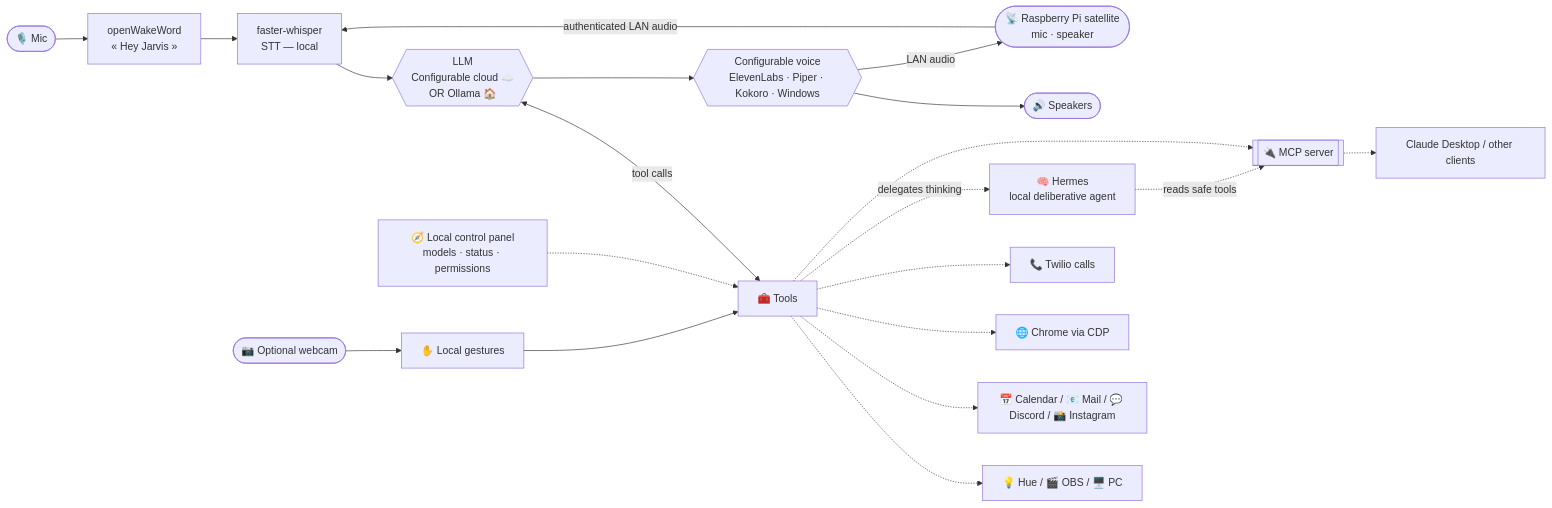
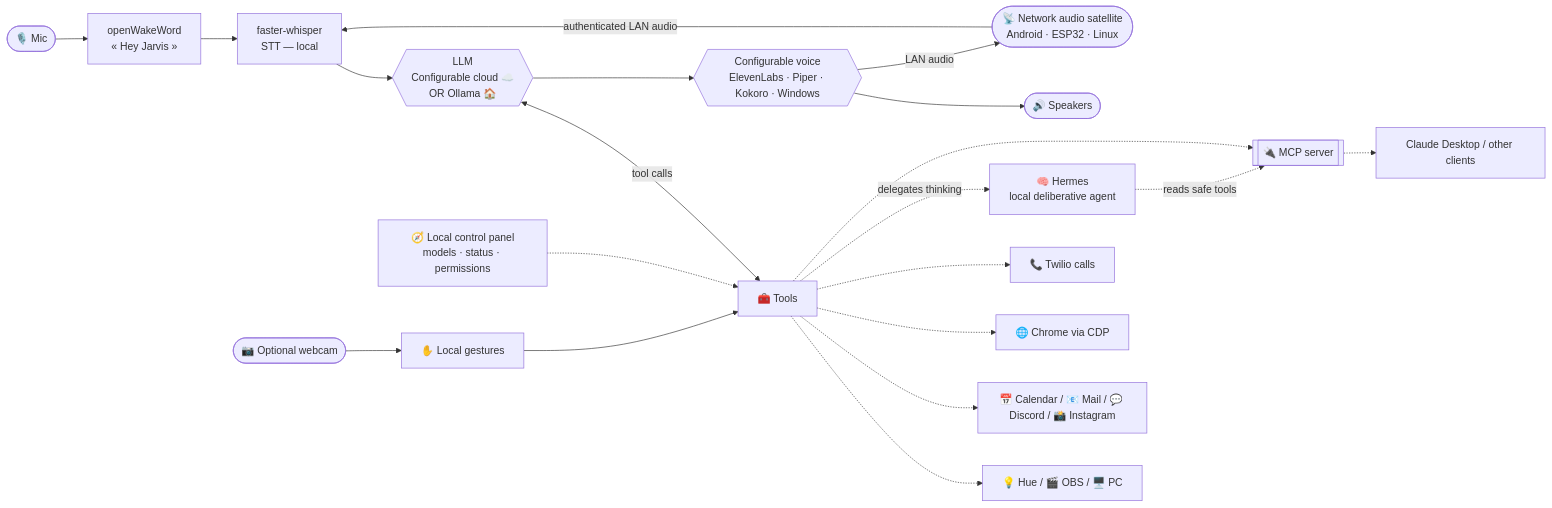
The diagram in README.en.md (flochatelain0-sudo/jarvis-assistant-vocal), drawn with Mermaid before and after one commit. The commit also changed other lines of this file and 2 other files, not shown here.

````diff
--- a/README.en.md
+++ b/README.en.md
@@ -77,24 +79,24 @@
 ```mermaid
 flowchart LR
     Mic([🎙️ Mic]) --> WW[openWakeWord<br/>« Hey Jarvis »]
     WW --> STT[faster-whisper<br/>STT — local]
     STT --> LLM{{LLM<br/>Configurable cloud ☁️<br/>OR Ollama 🏠}}
     LLM <-->|tool calls| TOOLS[🧰 Tools]
     LLM --> TTS{{Configurable voice<br/>ElevenLabs · Piper · Kokoro · Windows}}
     TTS --> SPK([🔊 Speakers])
 
-    SAT([📡 Raspberry Pi satellite<br/>mic · speaker]) -->|authenticated LAN audio| STT
+    SAT([📡 Network audio satellite<br/>Android · ESP32 · Linux]) -->|authenticated LAN audio| STT
     TTS -->|LAN audio| SAT
     CAM([📷 Optional webcam]) --> GEST[✋ Local gestures]
     GEST --> TOOLS
 
     TOOLS -.-> HOME[💡 Hue / 🎬 OBS / 🖥️ PC]
     TOOLS -.-> NET[📅 Calendar / 📧 Mail / 💬 Discord / 📸 Instagram]
     TOOLS -.-> CDP[🌐 Chrome via CDP]
     TOOLS -.-> TW[📞 Twilio calls]
     TOOLS -.->|delegates thinking| HERMES[🧠 Hermes<br/>local deliberative agent]
     TOOLS -.-> MCP[[🔌 MCP server]]
     HERMES -.->|reads safe tools| MCP
     MCP -.-> EXT[Claude Desktop / other clients]
     PANEL[🧭 Local control panel<br/>models · status · permissions] -.-> TOOLS
 ```
````
